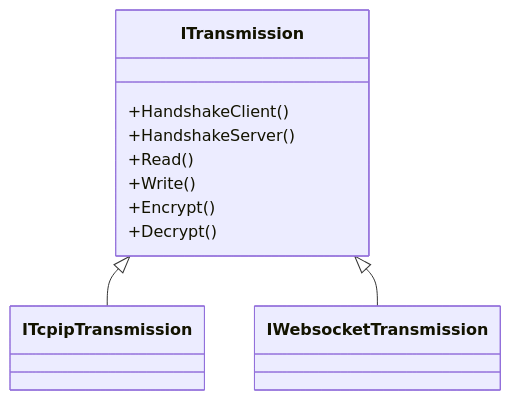
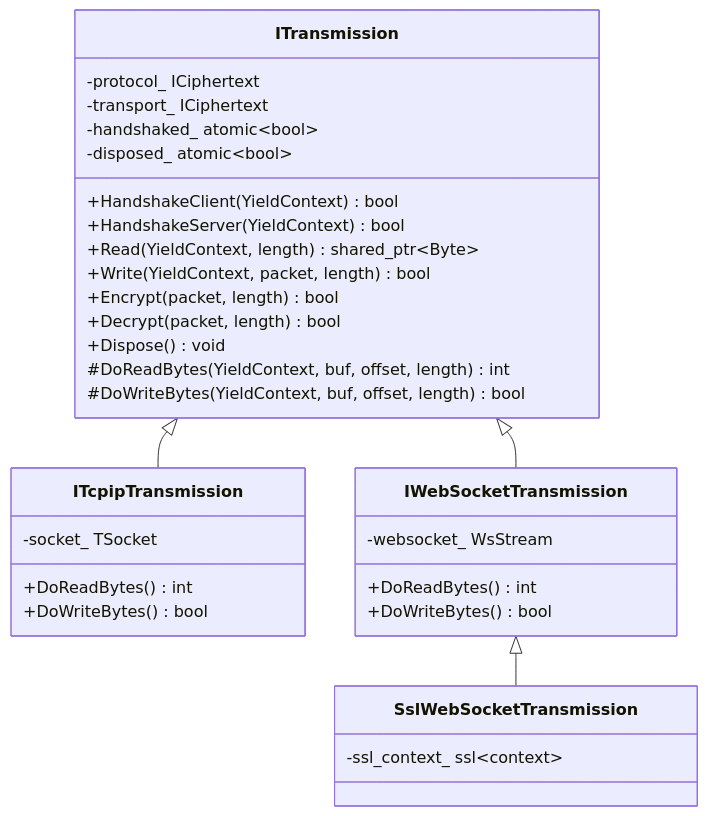
The second of 9 diagrams in docs/TRANSMISSION.md (HyacinthHaru/openppp2), drawn with Mermaid before and after one commit. The commit also changed other lines of this file and 93 other files, not shown here.

````diff
--- a/docs/TRANSMISSION.md
+++ b/docs/TRANSMISSION.md
@@ -57,15 +55,34 @@
 ```mermaid
 classDiagram
     class ITransmission {
-        +HandshakeClient()
-        +HandshakeServer()
-        +Read()
-        +Write()
-        +Encrypt()
-        +Decrypt()
+        +HandshakeClient(YieldContext) bool
+        +HandshakeServer(YieldContext) bool
+        +Read(YieldContext, length) shared_ptr~Byte~
+        +Write(YieldContext, packet, length) bool
+        +Encrypt(packet, length) bool
+        +Decrypt(packet, length) bool
+        +Dispose() void
+        #DoReadBytes(YieldContext, buf, offset, length) int
+        #DoWriteBytes(YieldContext, buf, offset, length) bool
+        -protocol_  ICiphertext
+        -transport_ ICiphertext
+        -handshaked_ atomic~bool~
+        -disposed_  atomic~bool~
     }
-    class ITcpipTransmission
-    class IWebsocketTransmission
+    class ITcpipTransmission {
+        -socket_ TSocket
+        +DoReadBytes() int
+        +DoWriteBytes() bool
+    }
+    class IWebSocketTransmission {
+        -websocket_ WsStream
+        +DoReadBytes() int
+        +DoWriteBytes() bool
+    }
+    class SslWebSocketTransmission {
+        -ssl_context_ ssl~context~
+    }
     ITransmission <|-- ITcpipTransmission
-    ITransmission <|-- IWebsocketTransmission
+    ITransmission <|-- IWebSocketTransmission
+    IWebSocketTransmission <|-- SslWebSocketTransmission
 ```
````
